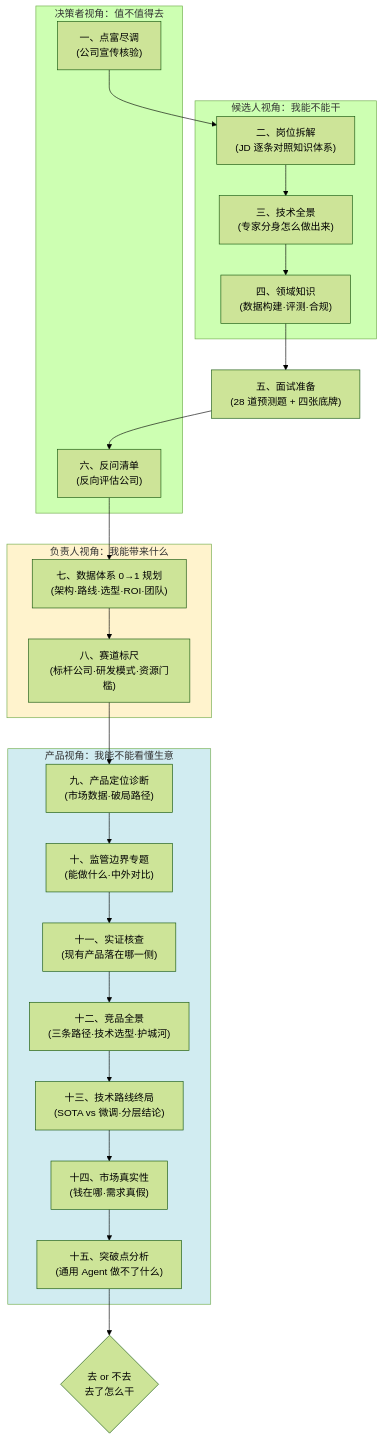
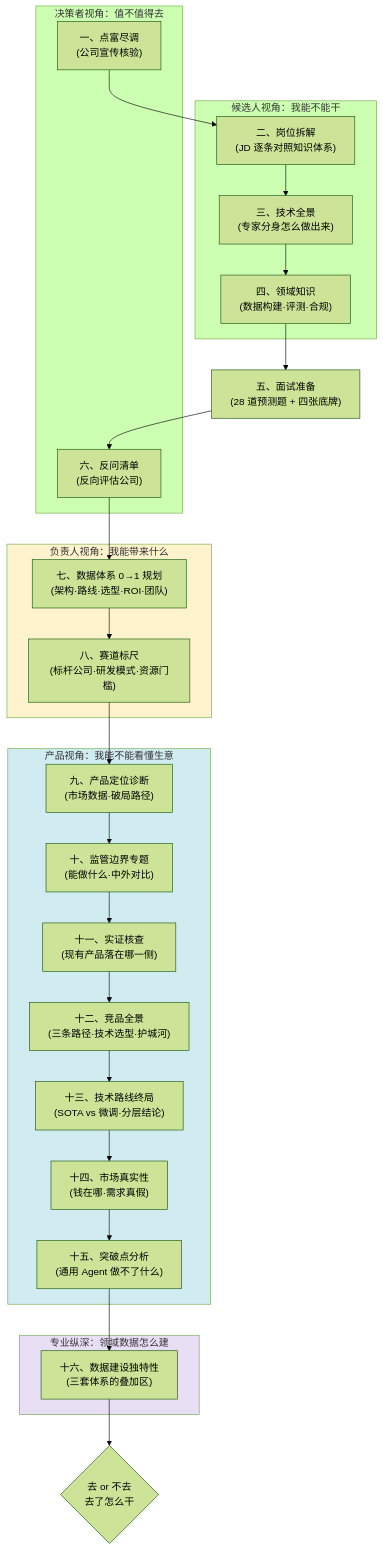
Before and after one commit to LiPingjiang/Full-Stack-Knowledge-Book: the first of 34 diagrams in part7-ai-engineering/12-案例-点富科技大模型数据评测岗.md, drawn with Mermaid (forest theme). The commit also changed other lines of this file and 2 other files, not shown here.

First line of the commit message:
docs(part7): 7.12 新增第十六部分——数据建设独特性：三套体系的叠加区

````diff
--- a/part7-ai-engineering/12-案例-点富科技大模型数据评测岗.md
+++ b/part7-ai-engineering/12-案例-点富科技大模型数据评测岗.md
@@ -32,32 +32,37 @@
 ```mermaid
 flowchart TD
     subgraph S1["候选人视角：我能不能干"]
         B["二、岗位拆解<br/>(JD 逐条对照知识体系)"]
         C["三、技术全景<br/>(专家分身怎么做出来)"]
         D["四、领域知识<br/>(数据构建·评测·合规)"]
     end
     subgraph S2["决策者视角：值不值得去"]
         A["一、点富尽调<br/>(公司宣传核验)"]
         F["六、反问清单<br/>(反向评估公司)"]
     end
     subgraph S3["负责人视角：我能带来什么"]
         G["七、数据体系 0→1 规划<br/>(架构·路线·选型·ROI·团队)"]
         I["八、赛道标尺<br/>(标杆公司·研发模式·资源门槛)"]
     end
     subgraph S4["产品视角：我能不能看懂生意"]
         J["九、产品定位诊断<br/>(市场数据·破局路径)"]
         K["十、监管边界专题<br/>(能做什么·中外对比)"]
         L["十一、实证核查<br/>(现有产品落在哪一侧)"]
         M["十二、竞品全景<br/>(三条路径·技术选型·护城河)"]
         N["十三、技术路线终局<br/>(SOTA vs 微调·分层结论)"]
         O["十四、市场真实性<br/>(钱在哪·需求真假)"]
         P["十五、突破点分析<br/>(通用 Agent 做不了什么)"]
     end
+    subgraph S5["专业纵深：领域数据怎么建"]
+        R["十六、数据建设独特性<br/>(三套体系的叠加区)"]
+    end
 
     A --> B --> C --> D --> E["五、面试准备<br/>(28 道预测题 + 四张底牌)"]
-    E --> F --> G --> I --> J --> K --> L --> M --> N --> O --> P
-    P --> H{"去 or 不去<br/>去了怎么干"}
+    E --> F --> G --> I --> J --> K --> L --> M --> N --> O --> P --> R
+    R --> H{"去 or 不去<br/>去了怎么干"}
+
+    style S5 fill:#e8dff5
 
     style S3 fill:#fff3cd
     style S4 fill:#d1ecf1
 ```
````
